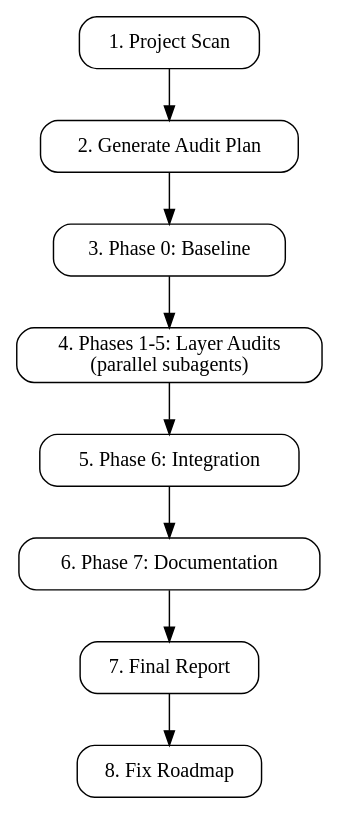
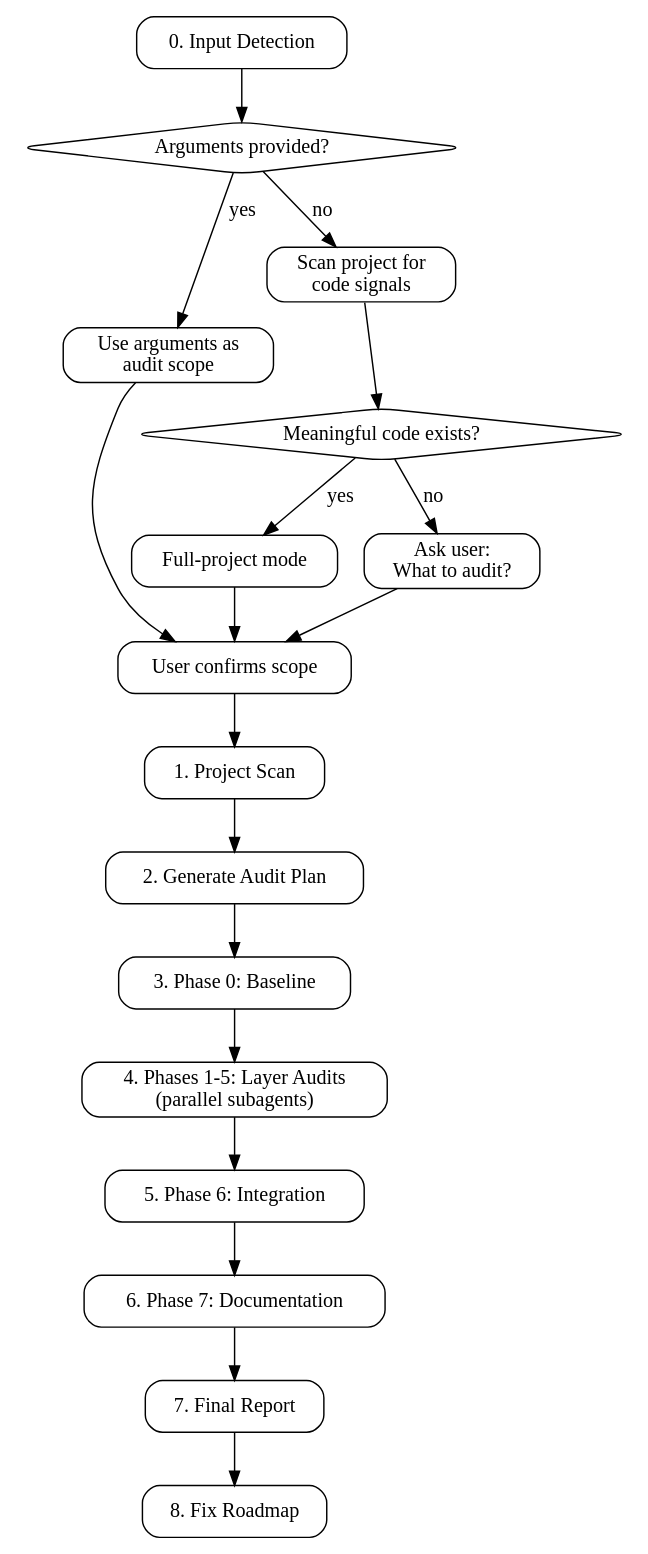
One commit to litecore-ai/ddd-coding-skills changed the first of 2 diagrams in skills/ddd-audit/SKILL.md. Above: the diagram before and after it, drawn with Graphviz. The commit also changed other lines of this file, not shown here.

First line of the commit message:
feat: support scoped and interactive modes in ddd-audit skill

````diff
--- a/skills/ddd-audit/SKILL.md
+++ b/skills/ddd-audit/SKILL.md
@@ -36,17 +46,34 @@
 ```dot
 digraph audit_flow {
   rankdir=TB;
   node [shape=box, style=rounded];
 
+  input [label="0. Input Detection"];
+  has_args [label="Arguments provided?" shape=diamond];
+  use_scope [label="Use arguments as\naudit scope"];
+  detect_project [label="Scan project for\ncode signals"];
+  has_code [label="Meaningful code exists?" shape=diamond];
+  full_project [label="Full-project mode"];
+  ask_user [label="Ask user:\nWhat to audit?"];
+  confirm [label="User confirms scope"];
   scan [label="1. Project Scan"];
   plan [label="2. Generate Audit Plan"];
   baseline [label="3. Phase 0: Baseline"];
   layers [label="4. Phases 1-5: Layer Audits\n(parallel subagents)"];
   integration [label="5. Phase 6: Integration"];
   docs [label="6. Phase 7: Documentation"];
   report [label="7. Final Report"];
   roadmap [label="8. Fix Roadmap"];
 
-  scan -> plan -> baseline -> layers -> integration -> docs -> report -> roadmap;
+  input -> has_args;
+  has_args -> use_scope [label="yes"];
+  has_args -> detect_project [label="no"];
+  detect_project -> has_code;
+  has_code -> full_project [label="yes"];
+  has_code -> ask_user [label="no"];
+  use_scope -> confirm;
+  full_project -> confirm;
+  ask_user -> confirm;
+  confirm -> scan -> plan -> baseline -> layers -> integration -> docs -> report -> roadmap;
 }
 ```
````
